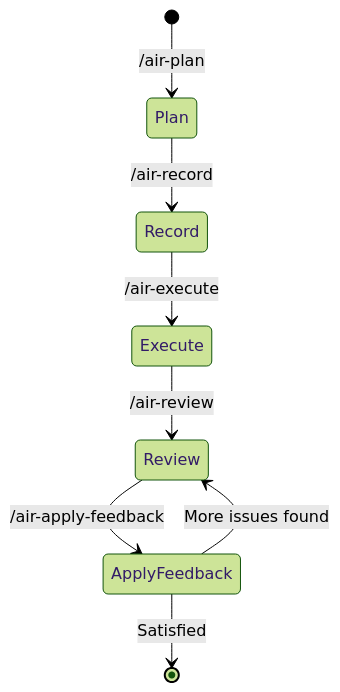
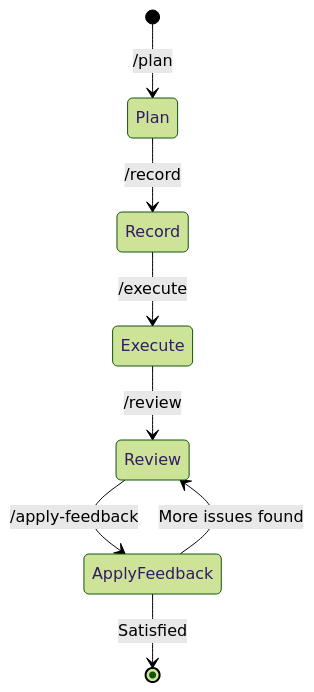
Before and after one commit to westonkd/aircana: the diagram in README.md, drawn with Mermaid (forest theme). The commit also changed other lines of this file and 33 other files, not shown here.

````diff
--- a/README.md
+++ b/README.md
@@ -111,10 +112,10 @@
 ```mermaid
 stateDiagram-v2
-    [*] --> Plan: /air-plan
-    Plan --> Record: /air-record
-    Record --> Execute: /air-execute
-    Execute --> Review: /air-review
-    Review --> ApplyFeedback: /air-apply-feedback
+    [*] --> Plan: /plan
+    Plan --> Record: /record
+    Record --> Execute: /execute
+    Execute --> Review: /review
+    Review --> ApplyFeedback: /apply-feedback
     ApplyFeedback --> Review: More issues found
     ApplyFeedback --> [*]: Satisfied
 ```
````
